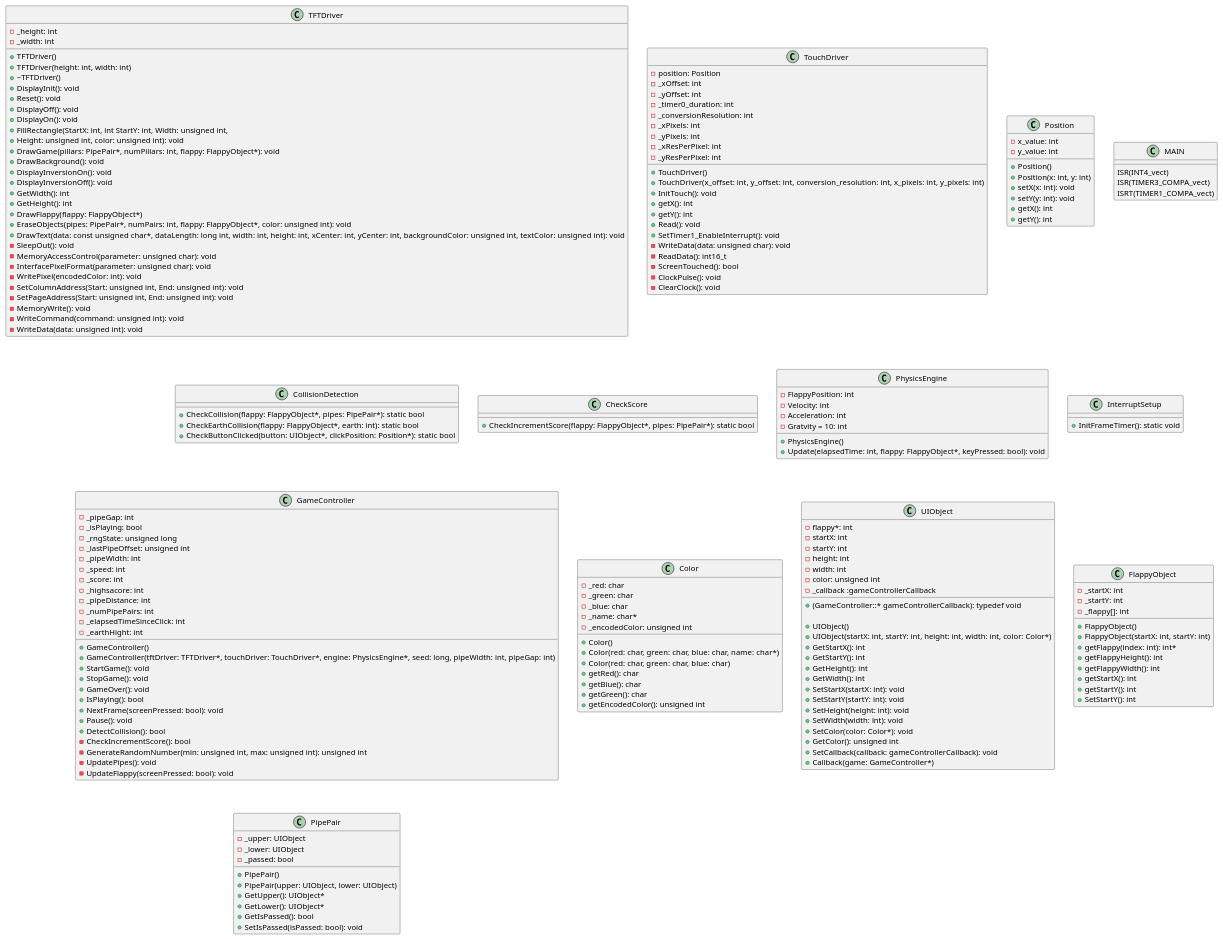
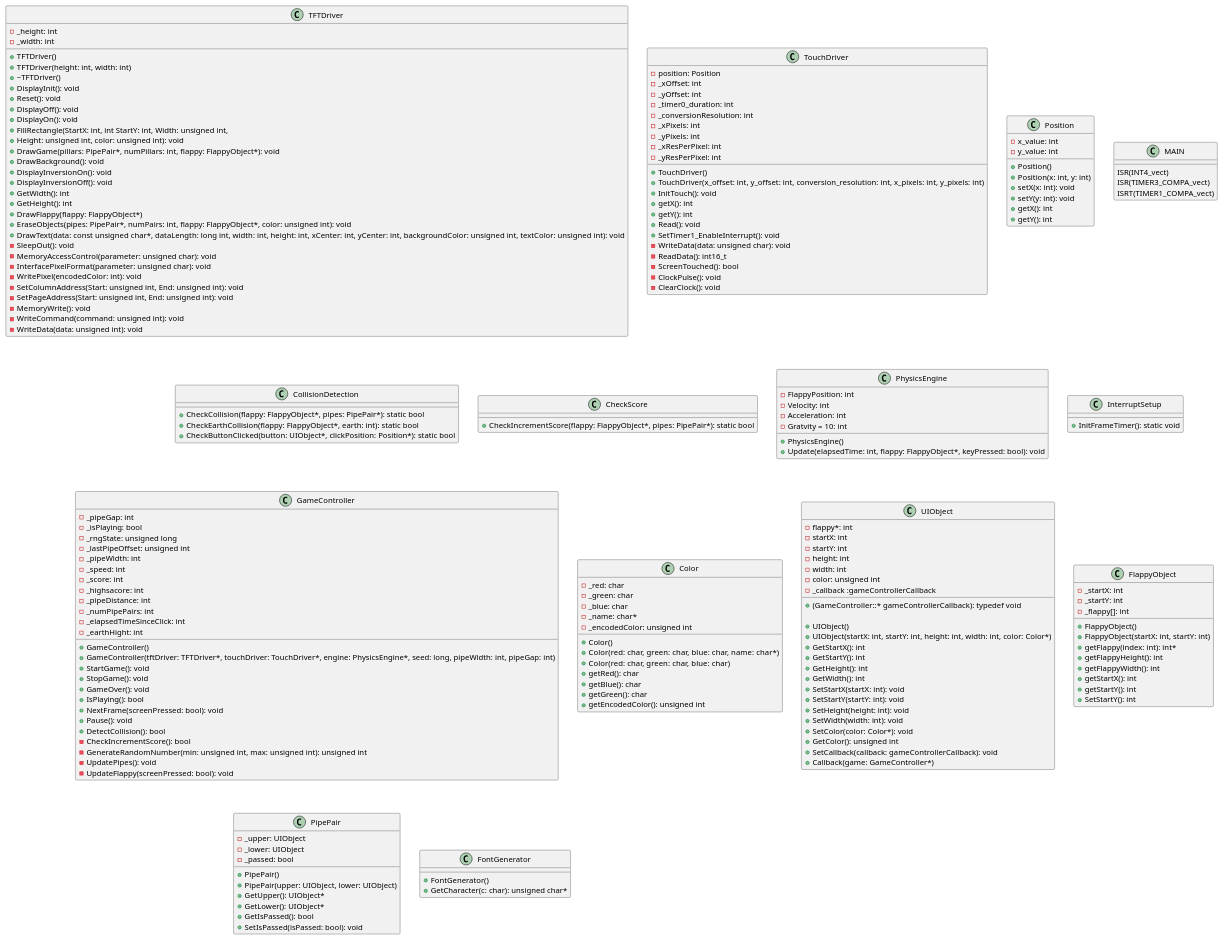
Before and after one commit to Valdemartt/AMS: the diagram in Projekt/diagrams/FlappyBird.wsd, drawn with PlantUML.

```diff
--- a/Projekt/diagrams/FlappyBird.wsd
+++ b/Projekt/diagrams/FlappyBird.wsd
@@ -202,4 +202,12 @@
     -_lower: UIObject
     -_passed: bool
 }
+
+class FontGenerator
+{
+    +FontGenerator()
+    +GetCharacter(c: char): unsigned char*
+    
+}
+
 @enduml
```
